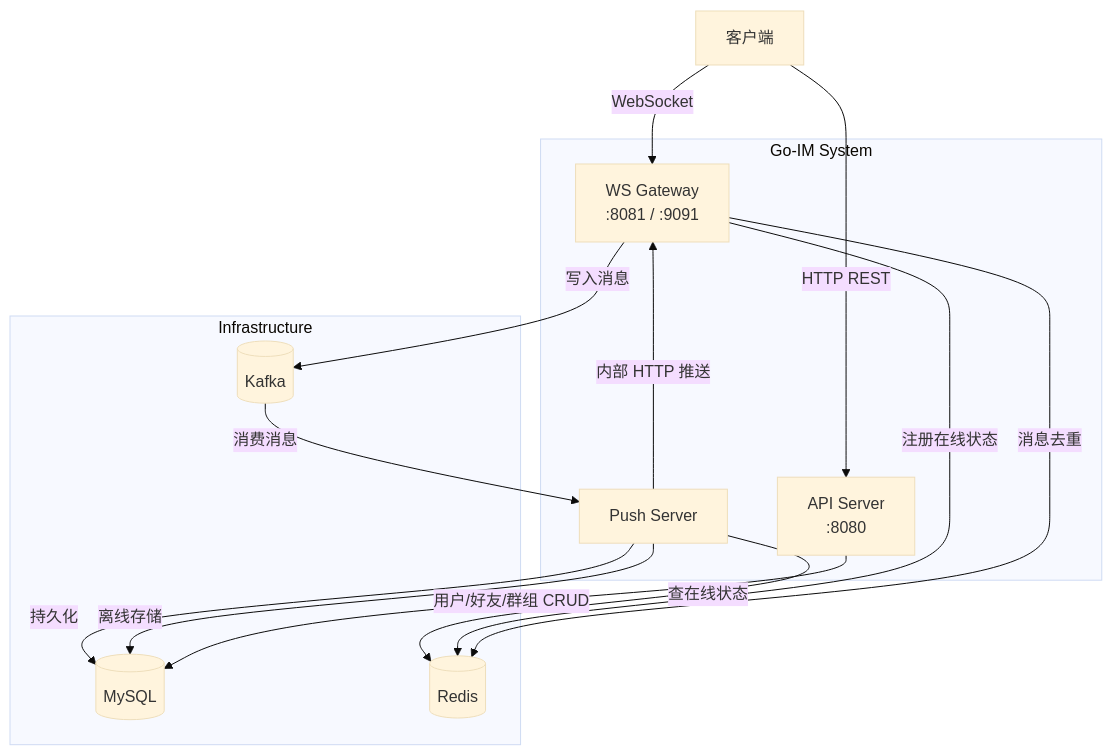
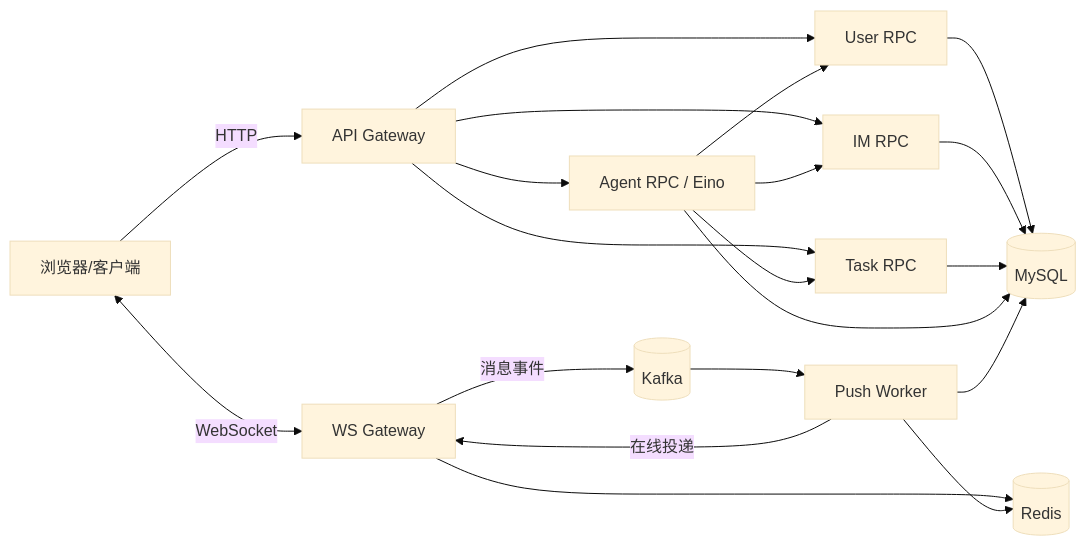
Before and after one commit to Joey0v0/JoeySpace: the first of 2 diagrams in README.md, drawn with Mermaid (base theme). The commit also changed other lines of this file and 3 other files, not shown here.

````diff
--- a/README.md
+++ b/README.md
@@ -9,28 +9,22 @@
 ```mermaid
-graph TB
-    Client[客户端]
-
-    subgraph Go-IM System
-        API[API Server<br/>:8080]
-        WS[WS Gateway<br/>:8081 / :9091]
-        Push[Push Server]
-    end
-
-    subgraph Infrastructure
-        MySQL[(MySQL)]
-        Redis[(Redis)]
-        Kafka[(Kafka)]
-    end
-
-    Client -->|HTTP REST| API
-    Client -->|WebSocket| WS
-    WS -->|写入消息| Kafka
-    Kafka -->|消费消息| Push
-    Push -->|持久化| MySQL
-    Push -->|查在线状态| Redis
-    Push -->|内部 HTTP 推送| WS
-    Push -->|离线存储| MySQL
-    WS -->|注册在线状态| Redis
-    WS -->|消息去重| Redis
-    API -->|用户/好友/群组 CRUD| MySQL
+flowchart LR
+    Client[浏览器/客户端] -->|HTTP| Gateway[API Gateway]
+    Client <-->|WebSocket| WS[WS Gateway]
+    Gateway --> User[User RPC]
+    Gateway --> IM[IM RPC]
+    Gateway --> Task[Task RPC]
+    Gateway --> Agent[Agent RPC / Eino]
+    Agent --> User
+    Agent --> IM
+    Agent --> Task
+    WS -->|消息事件| Kafka[(Kafka)]
+    Kafka --> Push[Push Worker]
+    Push -->|在线投递| WS
+    User --> MySQL[(MySQL)]
+    IM --> MySQL
+    Task --> MySQL
+    Agent --> MySQL
+    Push --> MySQL
+    WS --> Redis[(Redis)]
+    Push --> Redis
 ```
````
